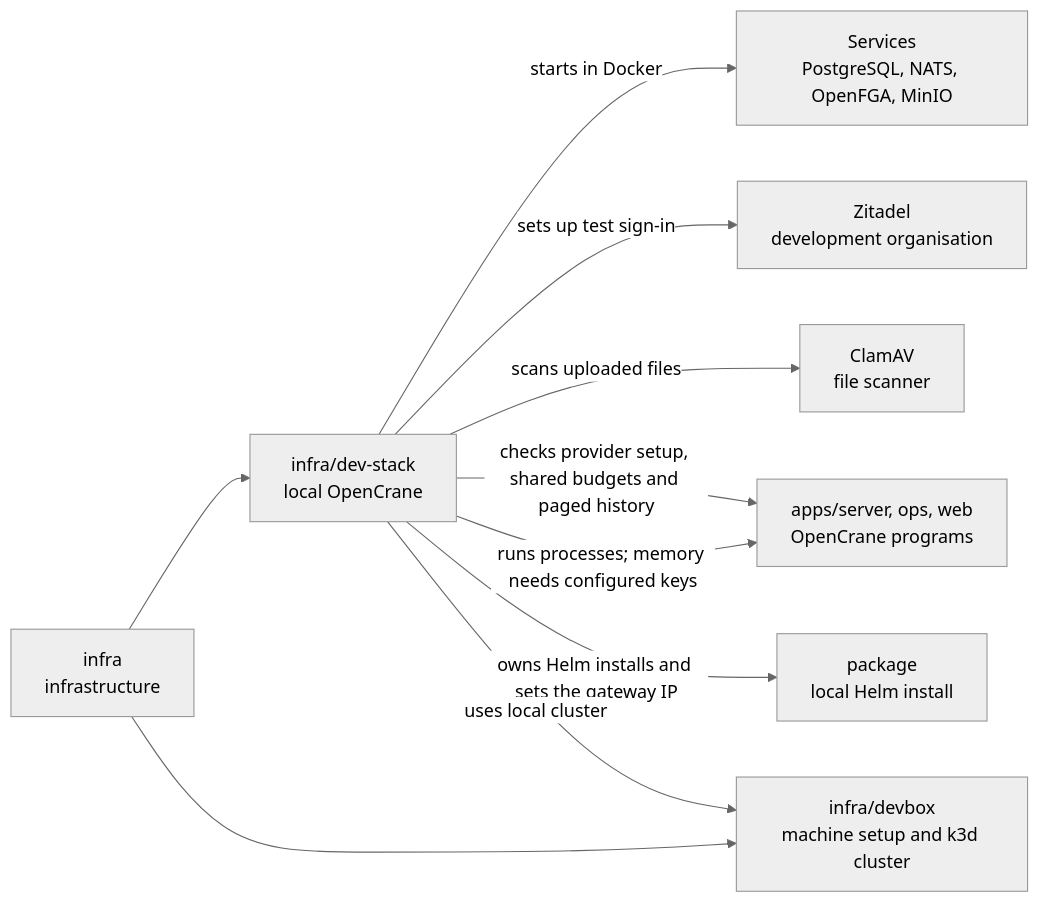
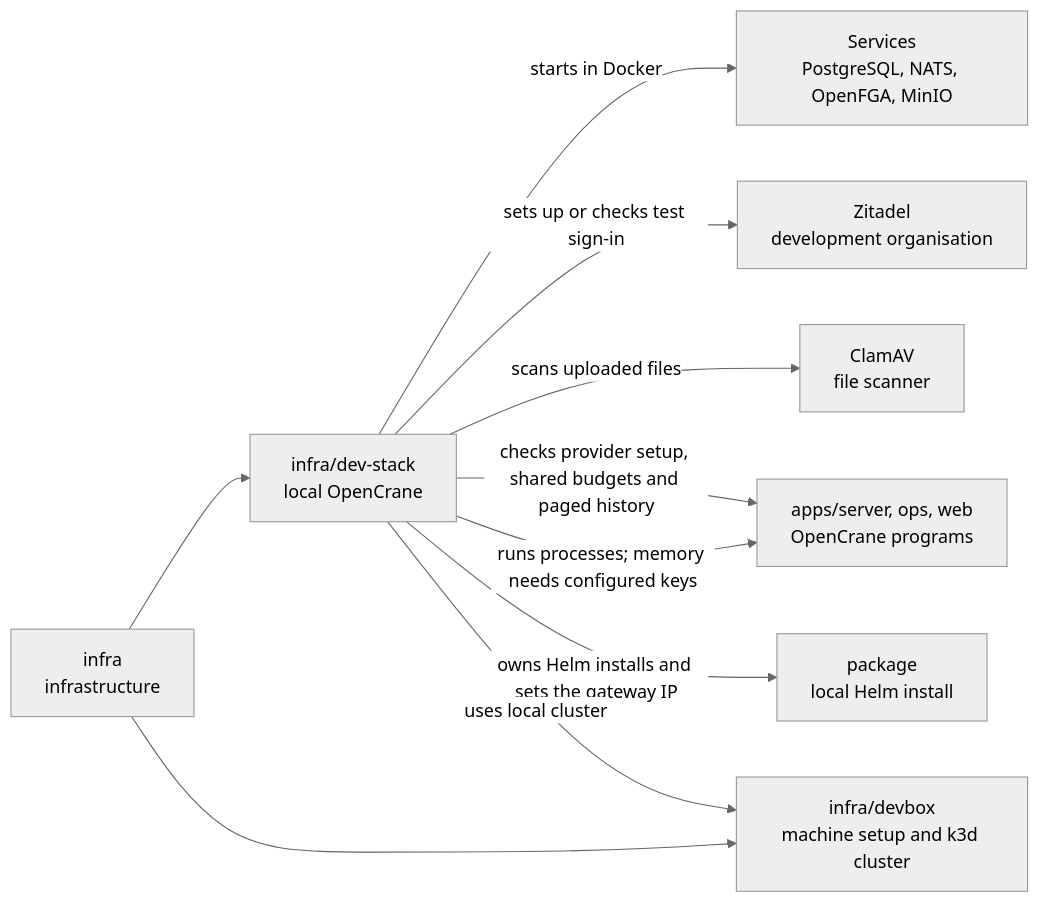
One commit to elewa-git/opencrane-new changed the diagram in infra/dev-stack/README.md. Above: the diagram before and after it, drawn with Mermaid (neutral theme). The commit also changed other lines of this file and 21 other files, not shown here.

````diff
--- a/infra/dev-stack/README.md
+++ b/infra/dev-stack/README.md
@@ -15,12 +15,12 @@
 ```mermaid
 flowchart LR
   infra["infra<br/>infrastructure"] --> stack["infra/dev-stack<br/>local OpenCrane"]
   stack -->|starts in Docker| services["Services<br/>PostgreSQL, NATS, OpenFGA, MinIO"]
-  stack -->|sets up test sign-in| zitadel["Zitadel<br/>development organisation"]
+  stack -->|sets up or checks test sign-in| zitadel["Zitadel<br/>development organisation"]
   stack -->|scans uploaded files| clamav["ClamAV<br/>file scanner"]
   stack -->|runs processes; memory needs configured keys| apps["apps/server, ops, web<br/>OpenCrane programs"]
   stack -->|owns Helm installs and sets the gateway IP| package["package<br/>local Helm install"]
   stack -->|checks provider setup, shared budgets and paged history| apps
   infra --> devbox["infra/devbox<br/>machine setup and k3d cluster"]
   stack -->|uses local cluster| devbox
 ```
````
